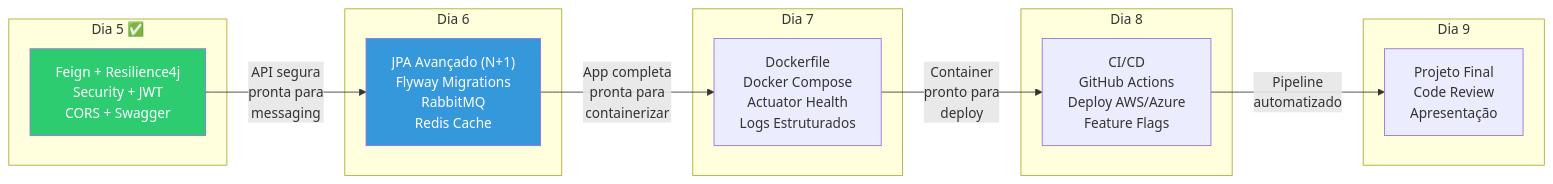
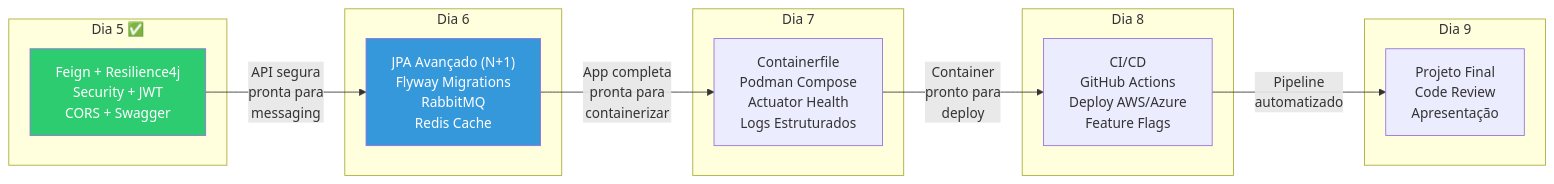
Before and after one commit to deusemarjunior/trein-java-intermed: the second of 2 diagrams in dia-05/slide-11.md, drawn with Mermaid. The commit also changed other lines of this file and 100 other files, not shown here.

Commit message:
removendo docker adicionando podman

````diff
--- a/dia-05/slide-11.md
+++ b/dia-05/slide-11.md
@@ -149,30 +149,30 @@
 ```mermaid
 flowchart LR
     subgraph "Dia 5 ✅"
         D5["Feign + Resilience4j<br/>Security + JWT<br/>CORS + Swagger"]
     end
 
     subgraph "Dia 6"
         D6["JPA Avançado (N+1)<br/>Flyway Migrations<br/>RabbitMQ<br/>Redis Cache"]
     end
 
     subgraph "Dia 7"
-        D7["Dockerfile<br/>Docker Compose<br/>Actuator Health<br/>Logs Estruturados"]
+        D7["Containerfile<br/>Podman Compose<br/>Actuator Health<br/>Logs Estruturados"]
     end
 
     subgraph "Dia 8"
         D8["CI/CD<br/>GitHub Actions<br/>Deploy AWS/Azure<br/>Feature Flags"]
     end
 
     subgraph "Dia 9"
         D9["Projeto Final<br/>Code Review<br/>Apresentação"]
     end
 
     D5 -->|"API segura<br/>pronta para<br/>messaging"| D6
     D6 -->|"App completa<br/>pronta para<br/>containerizar"| D7
     D7 -->|"Container<br/>pronto para<br/>deploy"| D8
     D8 -->|"Pipeline<br/>automatizado"| D9
 
     style D5 fill:#2ecc71,color:#fff
     style D6 fill:#3498db,color:#fff
 ```
````
